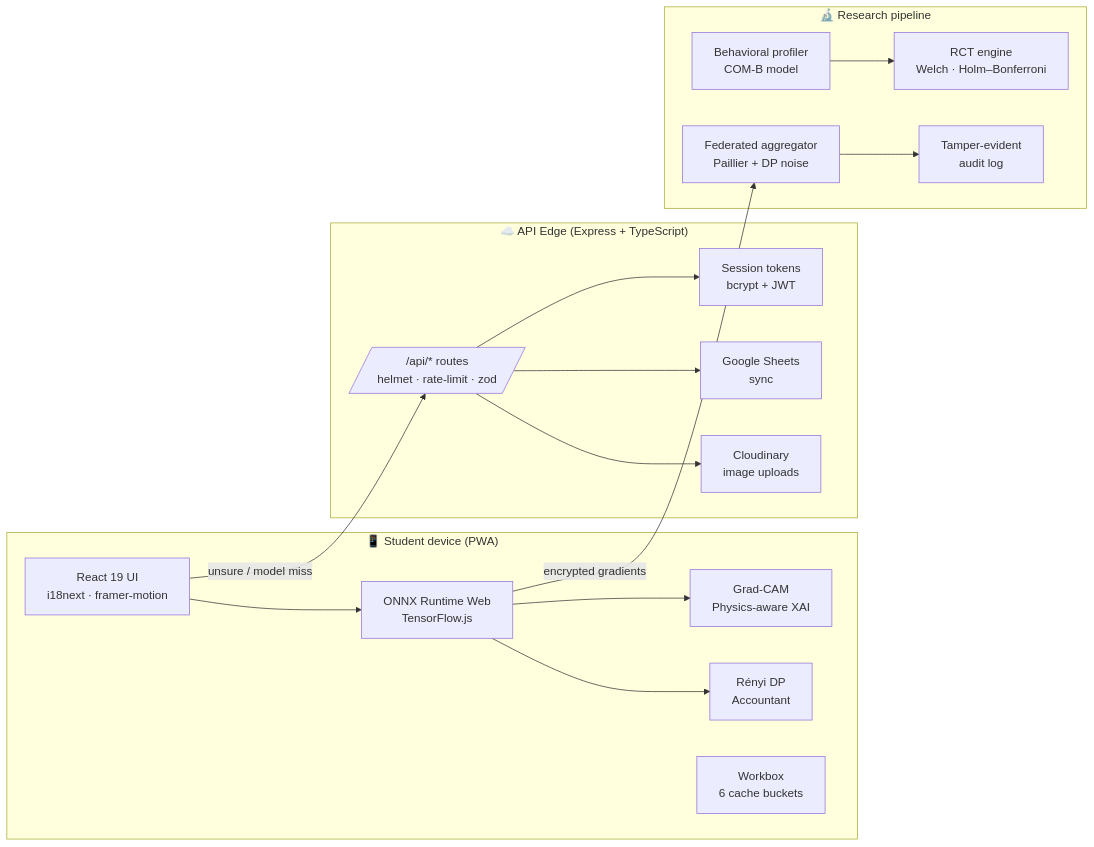
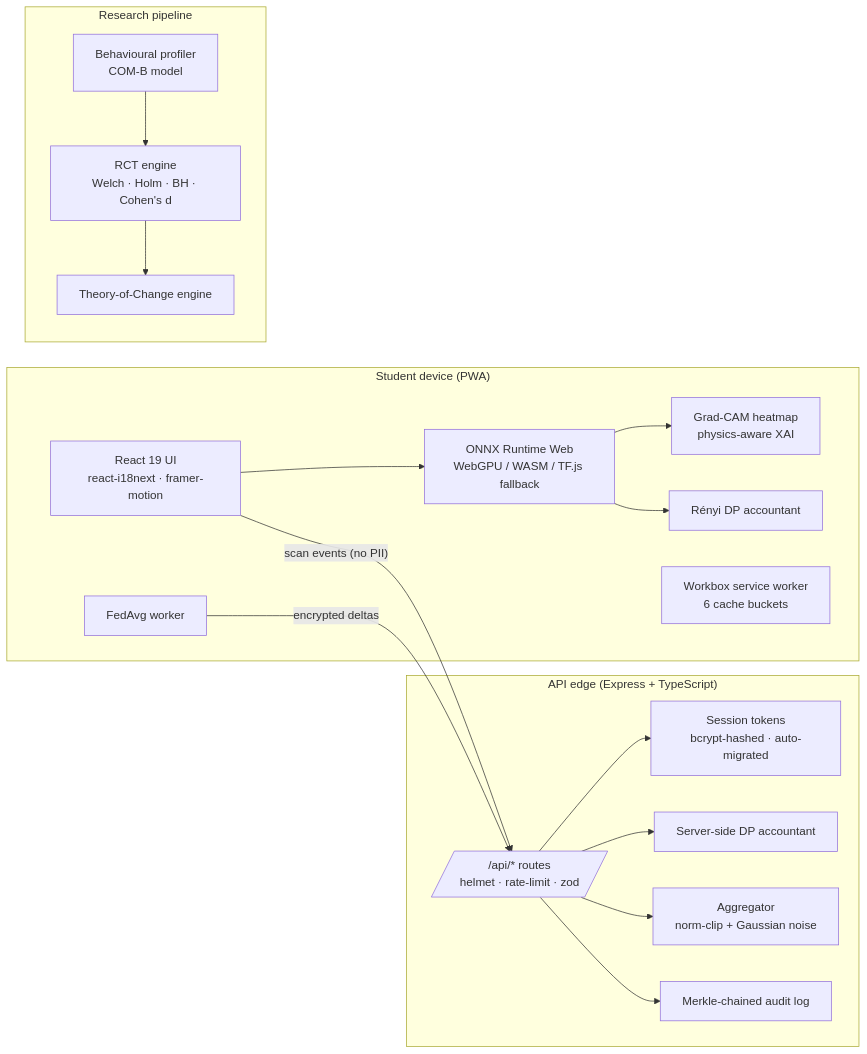
One commit to duckycreater/nckh changed the diagram in README.md. Above: the diagram before and after it, drawn with Mermaid. The commit also changed other lines of this file and 4897 other files, not shown here.

````diff
--- a/README.md
+++ b/README.md
@@ -90,34 +93,36 @@
 ```mermaid
 flowchart LR
-  subgraph Device["📱 Student device (PWA)"]
-    UI[React 19 UI<br/>i18next · framer-motion]
-    ONNX[ONNX Runtime Web<br/>TensorFlow.js]
-    XAI[Grad-CAM<br/>Physics-aware XAI]
-    DP[Rényi DP<br/>Accountant]
-    PWA[Workbox<br/>6 cache buckets]
+  subgraph Device["Student device (PWA)"]
+    UI[React 19 UI<br/>react-i18next · framer-motion]
+    ONNX[ONNX Runtime Web<br/>WebGPU / WASM / TF.js fallback]
+    XAI[Grad-CAM heatmap<br/>physics-aware XAI]
+    DP[Rényi DP accountant]
+    FL[FedAvg worker]
+    PWA[Workbox service worker<br/>6 cache buckets]
   end
 
-  subgraph Edge["☁️ API Edge (Express + TypeScript)"]
+  subgraph Edge["API edge (Express + TypeScript)"]
     API[/"/api/* routes<br/>helmet · rate-limit · zod"/]
-    Auth[Session tokens<br/>bcrypt + JWT]
-    Sheets[Google Sheets<br/>sync]
-    Cloud[Cloudinary<br/>image uploads]
+    Auth[Session tokens<br/>bcrypt-hashed · auto-migrated]
+    DPAcc[Server-side DP accountant]
+    Fed[Aggregator<br/>norm-clip + Gaussian noise]
+    Audit[Merkle-chained audit log]
   end
 
-  subgraph Research["🔬 Research pipeline"]
-    RCT[RCT engine<br/>Welch · Holm–Bonferroni]
-    Fed[Federated aggregator<br/>Paillier + DP noise]
-    Audit[Tamper-evident<br/>audit log]
-    Profile[Behavioral profiler<br/>COM-B model]
+  subgraph Research["Research pipeline"]
+    RCT[RCT engine<br/>Welch · Holm · BH · Cohen's d]
+    Profile[Behavioural profiler<br/>COM-B model]
+    ToC[Theory-of-Change engine]
   end
 
   UI --> ONNX --> XAI
   ONNX --> DP
-  UI -- "unsure / model miss" --> API
-  API --> Sheets
-  API --> Cloud
+  UI -- "scan events (no PII)" --> API
+  FL -- "encrypted deltas" --> API
   API --> Auth
-  ONNX -- "encrypted gradients" --> Fed
-  Fed --> Audit
+  API --> DPAcc
+  API --> Fed
+  API --> Audit
   Profile --> RCT
+  RCT --> ToC
 ```
````
